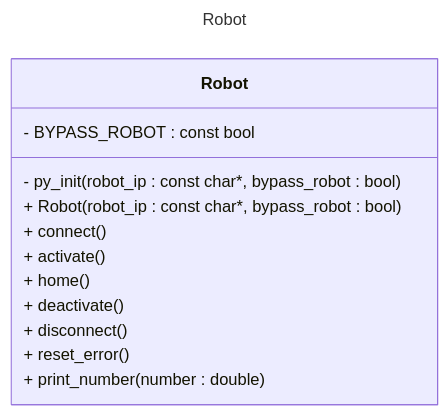
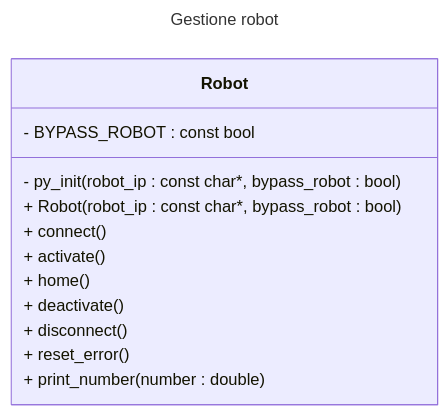
One commit to joecom7/inverted-pendulum-control changed the third of 4 diagrams in doc/README.md. Above: the diagram before and after it, drawn with Mermaid. The commit also changed other lines of this file, not shown here.

Commit message:
Aggiunto diagramma delle componenti

````diff
--- a/doc/README.md
+++ b/doc/README.md
@@ -84,19 +127,19 @@
 ```mermaid
 ---
-title: Robot
+title: Gestione robot
 ---
 
 classDiagram
     class Robot {
         - BYPASS_ROBOT : const bool
         - py_init(robot_ip : const char*, bypass_robot : bool)
         + Robot(robot_ip : const char*, bypass_robot : bool)
         + connect()
         + activate()
         + home()
         + deactivate()
         + disconnect()
         + reset_error()
         + print_number(number : double)
     }
 ```
````
